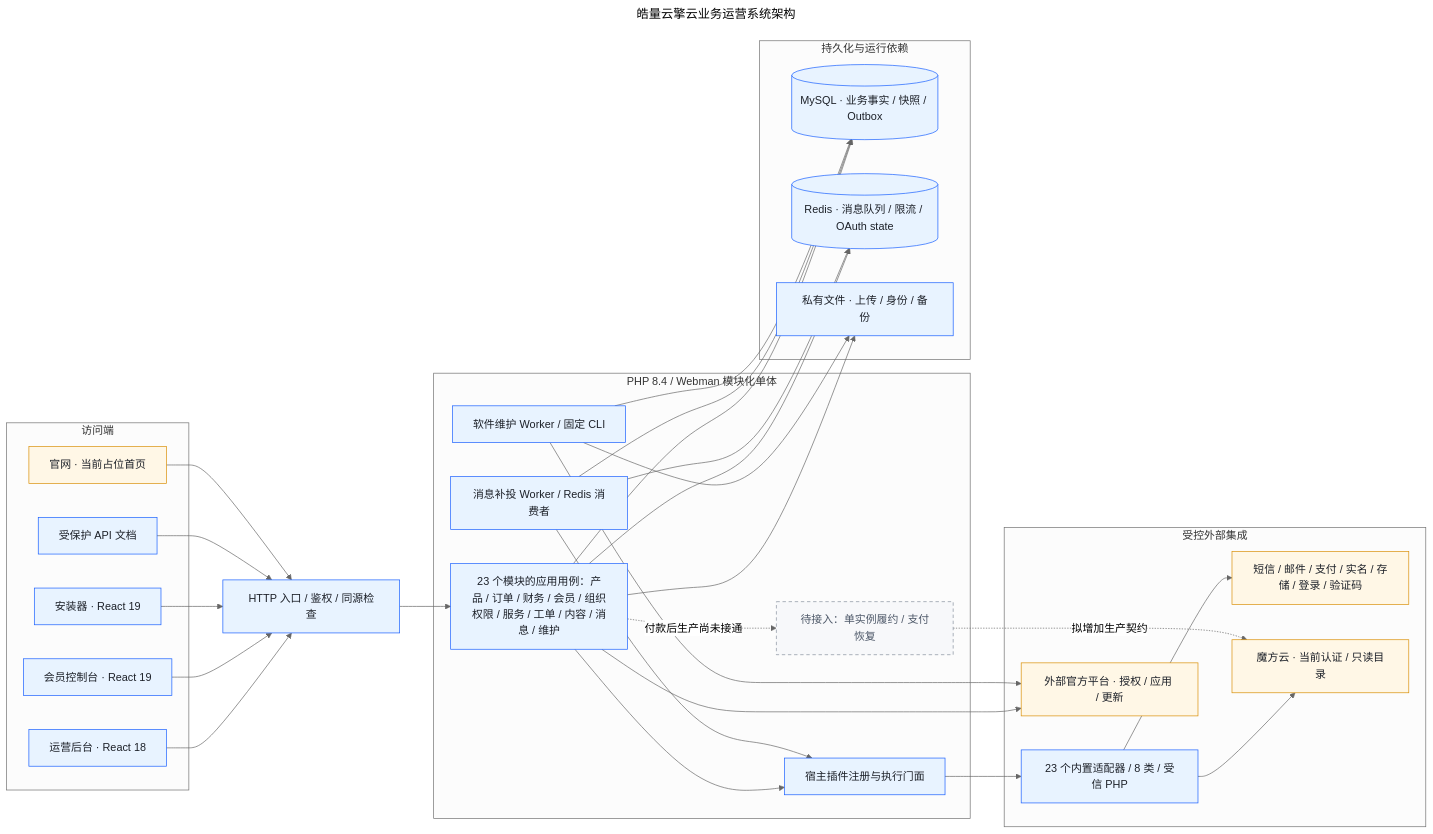
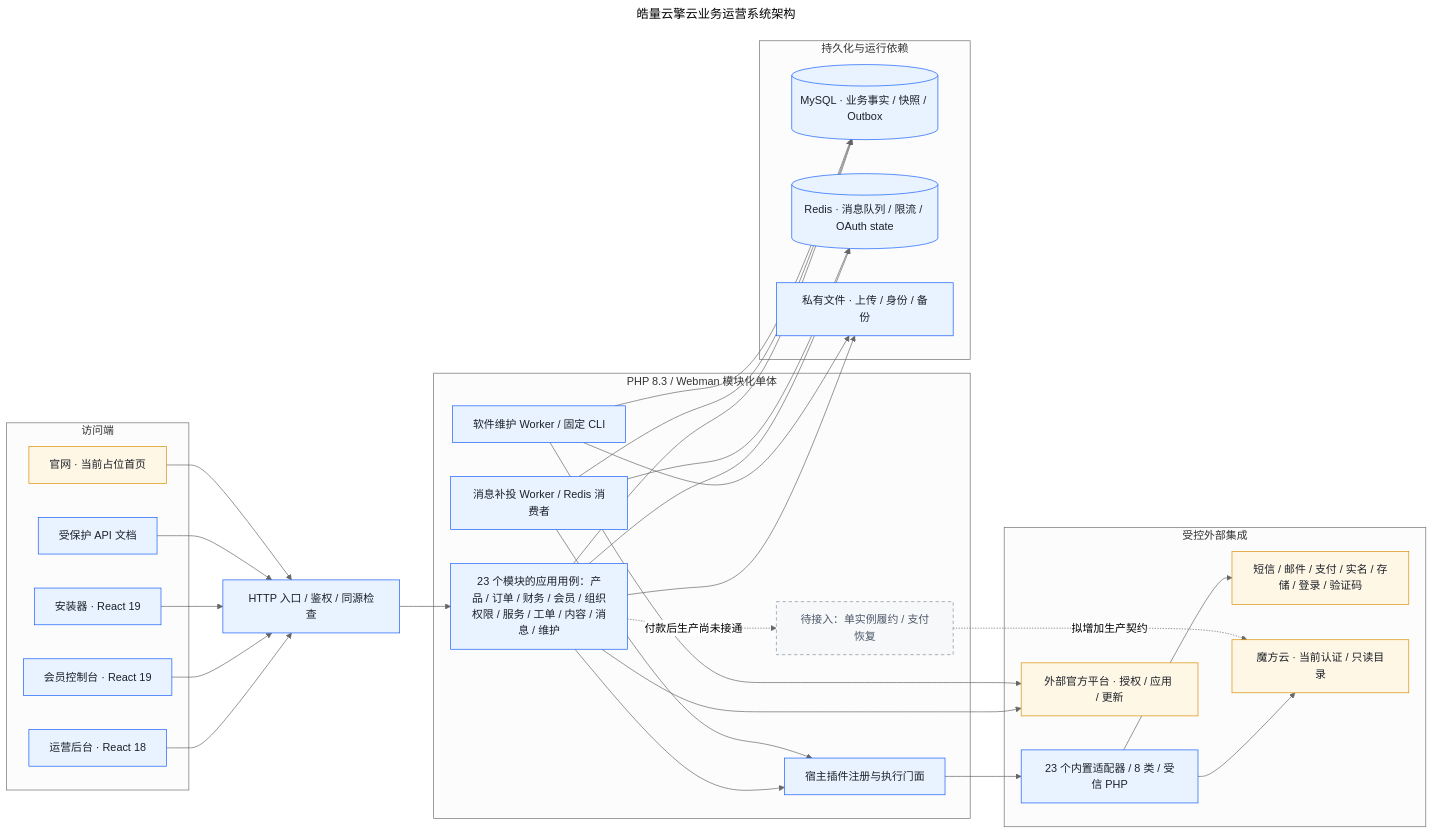
Before and after one commit to howstack-team/howstack-bos: the diagram in docs/architecture/diagrams/system-overview.mmd, drawn with Mermaid (neutral theme). The commit also changed 744 other files, not shown here.

```diff
--- a/docs/architecture/diagrams/system-overview.mmd
+++ b/docs/architecture/diagrams/system-overview.mmd
@@ -1,58 +1,58 @@
 ---
 title: 皓量云擎云业务运营系统架构
 ---
 flowchart LR
   subgraph clients["访问端"]
     admin["运营后台 · React 18"]
     console["会员控制台 · React 19"]
     install["安装器 · React 19"]
     docs["受保护 API 文档"]
     site["官网 · 当前占位首页"]
   end
   http["HTTP 入口 / 鉴权 / 同源检查"]
-  subgraph server["PHP 8.4 / Webman 模块化单体"]
+  subgraph server["PHP 8.3 / Webman 模块化单体"]
     core["23 个模块的应用用例：产品 / 订单 / 财务 / 会员 / 组织权限 / 服务 / 工单 / 内容 / 消息 / 维护"]
     host["宿主插件注册与执行门面"]
     messageWorker["消息补投 Worker / Redis 消费者"]
     maintenance["软件维护 Worker / 固定 CLI"]
     fulfillment["待接入：单实例履约 / 支付恢复"]
   end
   subgraph persistence["持久化与运行依赖"]
     mysql[("MySQL · 业务事实 / 快照 / Outbox")]
     redis[("Redis · 消息队列 / 限流 / OAuth state")]
     files["私有文件 · 上传 / 身份 / 备份"]
   end
   subgraph integration["受控外部集成"]
     plugins["23 个内置适配器 / 8 类 / 受信 PHP"]
     external["短信 / 邮件 / 支付 / 实名 / 存储 / 登录 / 验证码"]
     supplier["魔方云 · 当前认证 / 只读目录"]
     official["外部官方平台 · 授权 / 应用 / 更新"]
   end
   admin --> http
   console --> http
   install --> http
   docs --> http
   site --> http
   http --> core
   core --> mysql
   core --> redis
   core --> files
   core --> host
   core --> official
   messageWorker --> mysql
   messageWorker --> redis
   messageWorker --> host
   maintenance --> mysql
   maintenance --> files
   maintenance --> official
   host --> plugins
   plugins --> external
   plugins --> supplier
   core -. "付款后生产尚未接通" .-> fulfillment
   fulfillment -. "拟增加生产契约" .-> supplier
   classDef implemented fill:#e8f3ff,stroke:#165dff,color:#1d2129
   classDef partial fill:#fff7e6,stroke:#d98e04,color:#1d2129
   classDef planned fill:#f7f8fa,stroke:#86909c,stroke-dasharray:5 4,color:#4e5969
   class admin,console,install,docs,http,core,host,messageWorker,maintenance,mysql,redis,files,plugins implemented
   class site,supplier,external,official partial
   class fulfillment planned
```
